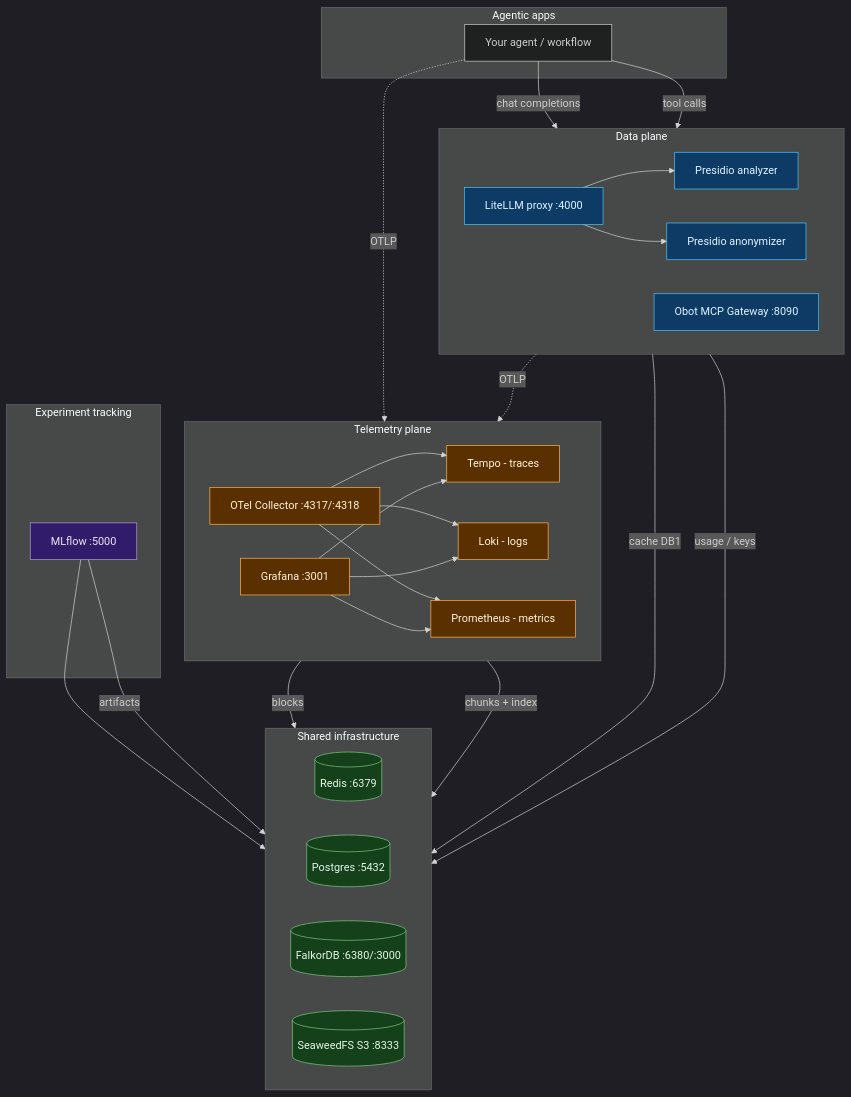
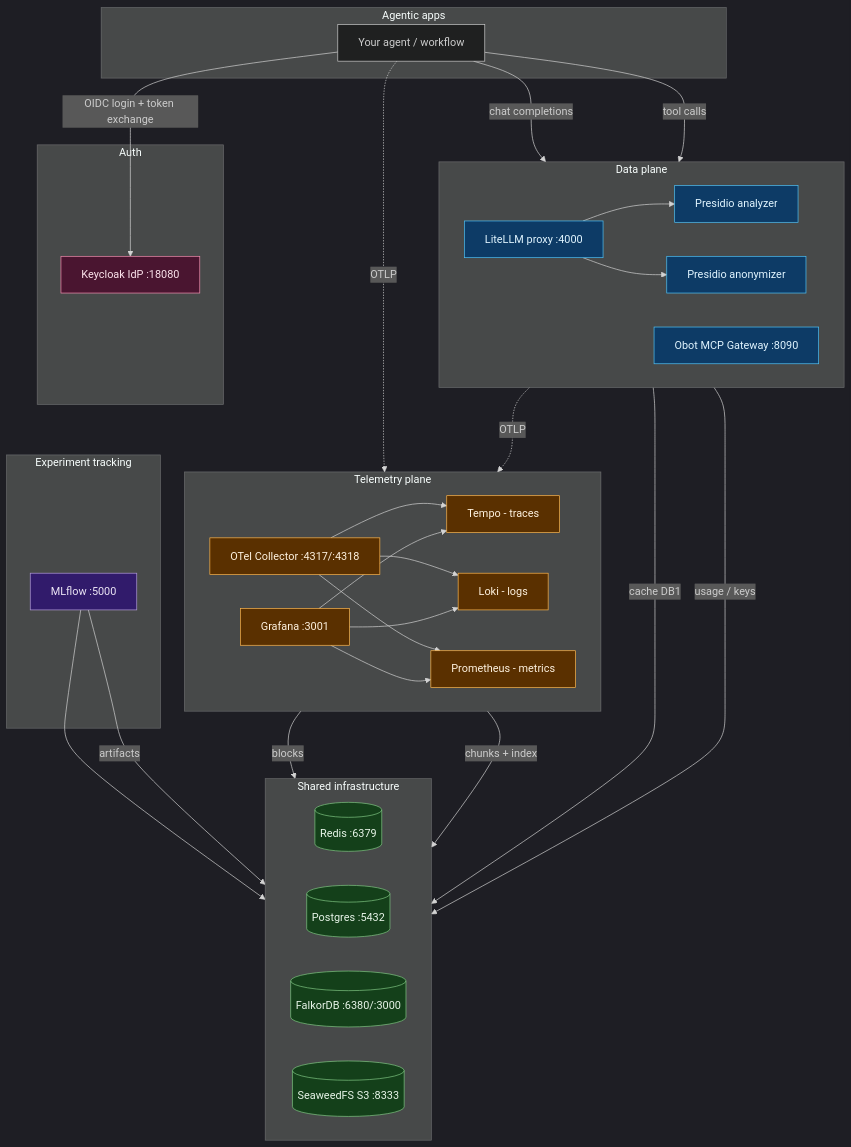
One commit to PhillipMaree/agentic-enterprise changed the diagram in README.md. Above: the diagram before and after it, drawn with Mermaid. The commit also changed other lines of this file and 38 other files, not shown here.

````diff
--- a/README.md
+++ b/README.md
@@ -21,70 +23,77 @@
 ```mermaid
 %%{init: {'theme': 'dark'}}%%
 flowchart TB
     subgraph clients [Agentic apps]
         app[Your agent / workflow]
+    end
+
+    subgraph authz [Auth]
+        keycloak[Keycloak IdP :18080]
     end
 
     subgraph data [Data plane]
         direction LR
         litellm[LiteLLM proxy :4000]
         mcp[Obot MCP Gateway :8090]
         presidio_a[Presidio analyzer]
         presidio_o[Presidio anonymizer]
     end
 
     subgraph tracking [Experiment tracking]
         mlflow[MLflow :5000]
     end
 
     subgraph telemetry [Telemetry plane]
         direction LR
         otel[OTel Collector :4317/:4318]
         tempo[Tempo - traces]
         loki[Loki - logs]
         prom[Prometheus - metrics]
         grafana[Grafana :3001]
     end
 
     subgraph infra [Shared infrastructure]
         direction LR
         redis[(Redis :6379)]
         postgres[(Postgres :5432)]
         falkordb[(FalkorDB :6380/:3000)]
         seaweedfs[(SeaweedFS S3 :8333)]
     end
 
+    app -->|OIDC login + token exchange| keycloak
     app -->|chat completions| litellm
     app -->|tool calls| mcp
     app -.->|OTLP| otel
 
     litellm --> presidio_a
     litellm --> presidio_o
     litellm -->|cache DB1| redis
     litellm -->|usage / keys| postgres
     litellm -.->|OTLP| otel
 
     mlflow --> postgres
     mlflow -->|artifacts| seaweedfs
 
     otel --> tempo
     otel --> loki
     otel --> prom
 
     tempo -->|blocks| seaweedfs
     loki -->|chunks + index| seaweedfs
 
     grafana --> tempo
     grafana --> loki
     grafana --> prom
 
     classDef dataplane fill:#0d3b66,stroke:#4fc3f7,color:#e1f5ff
     classDef telemetryplane fill:#5a3000,stroke:#ffb74d,color:#fff3e0
     classDef trackingplane fill:#311b6b,stroke:#b39ddb,color:#ede7f6
     classDef infraplane fill:#14401a,stroke:#81c784,color:#e8f5e9
+    classDef authplane fill:#4a1530,stroke:#f48fb1,color:#fce4ec
 
     class litellm,mcp,presidio_a,presidio_o dataplane
     class otel,tempo,loki,prom,grafana telemetryplane
     class mlflow trackingplane
     class redis,postgres,falkordb,seaweedfs infraplane
+    class keycloak authplane
 ```
````
